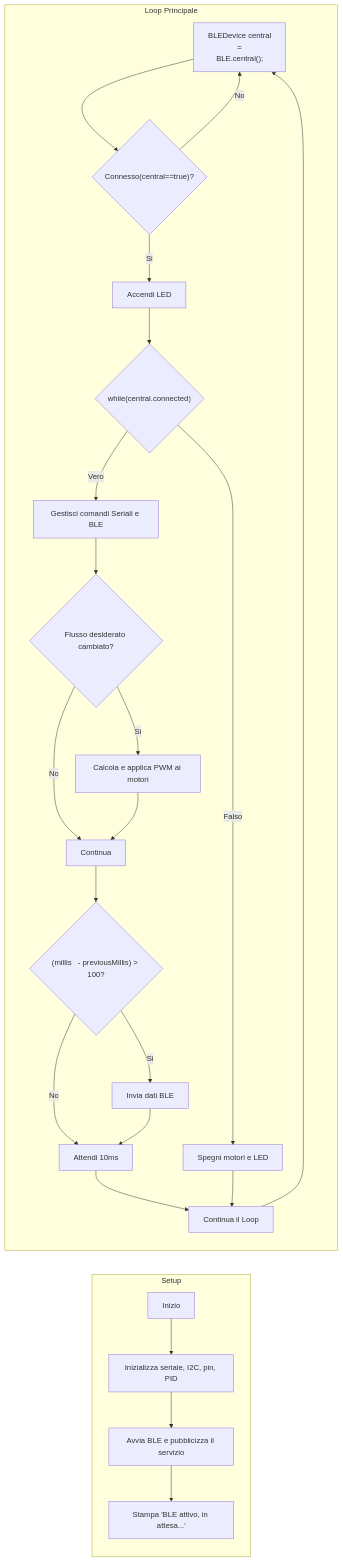
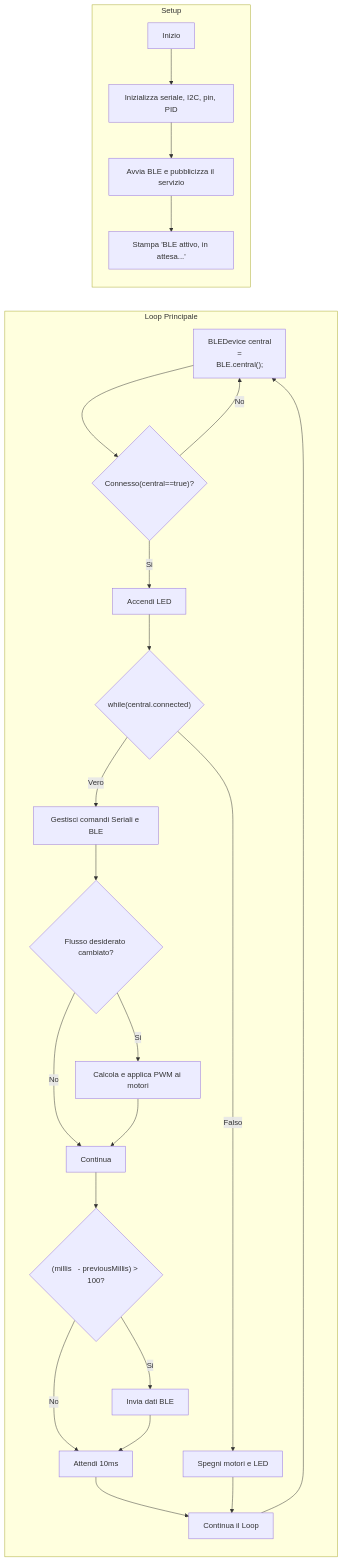
One commit to AndreaBia98/DSF_LAB changed the diagram in README.md. Above: the diagram before and after it, drawn with Mermaid. The commit also changed other lines of this file, not shown here.

````diff
--- a/README.md
+++ b/README.md
@@ -93,47 +93,48 @@
 ```mermaid
-flowchart RL
- subgraph Setup["Setup"]
-        B["Inizializza seriale, I2C, pin, PID"]
-        A["Inizio"]
-        C["Avvia BLE e pubblicizza il servizio"]
-        D@{ label: "Stampa 'BLE attivo, in attesa...'" }
-  end
+flowchart LR
  subgraph subGraph1["Loop Principale"]
     direction TB
         E@{ label: "<span style=\"color:\"> BLEDevice central<br>=<br></span><span style=\"color:\">BLE</span><span style=\"color:\">.</span><span style=\"color:\">central</span><span style=\"color:\">();              </span>" }
         F{"Connesso(central==true)?"}
         G["Accendi LED"]
         H{"while(central.connected)"}
         I["Gestisci comandi Seriali e BLE"]
         J{"Flusso desiderato cambiato?"}
         K["Calcola e applica PWM ai motori"]
         L["Continua"]
         M{"(millis   - previousMillis) &gt; 100?"}
         N["Invia dati BLE"]
         O["Attendi 10ms"]
         Q["Continua il Loop"]
         P["Spegni motori e LED"]
+  end
+ subgraph Setup["Setup"]
+        B["Inizializza seriale, I2C, pin, PID"]
+        A["Inizio"]
+        C["Avvia BLE e pubblicizza il servizio"]
+        D@{ label: "Stampa 'BLE attivo, in attesa...'" }
   end
     A --> B
     B --> C
     C --> D
     E --> F
     F -- Si --> G
     G --> H
     H -- Vero --> I
     I --> J
     J -- Si --> K
     J -- No --> L
     K --> L
     L --> M
     M -- Si --> N
     M -- No --> O
     N --> O
     O --> Q
     H -- Falso --> P
     P --> Q
     Q --> E
     F -- No --> E
+
+    E@{ shape: rect}
     D@{ shape: rect}
-    E@{ shape: rect}
 ```
````
